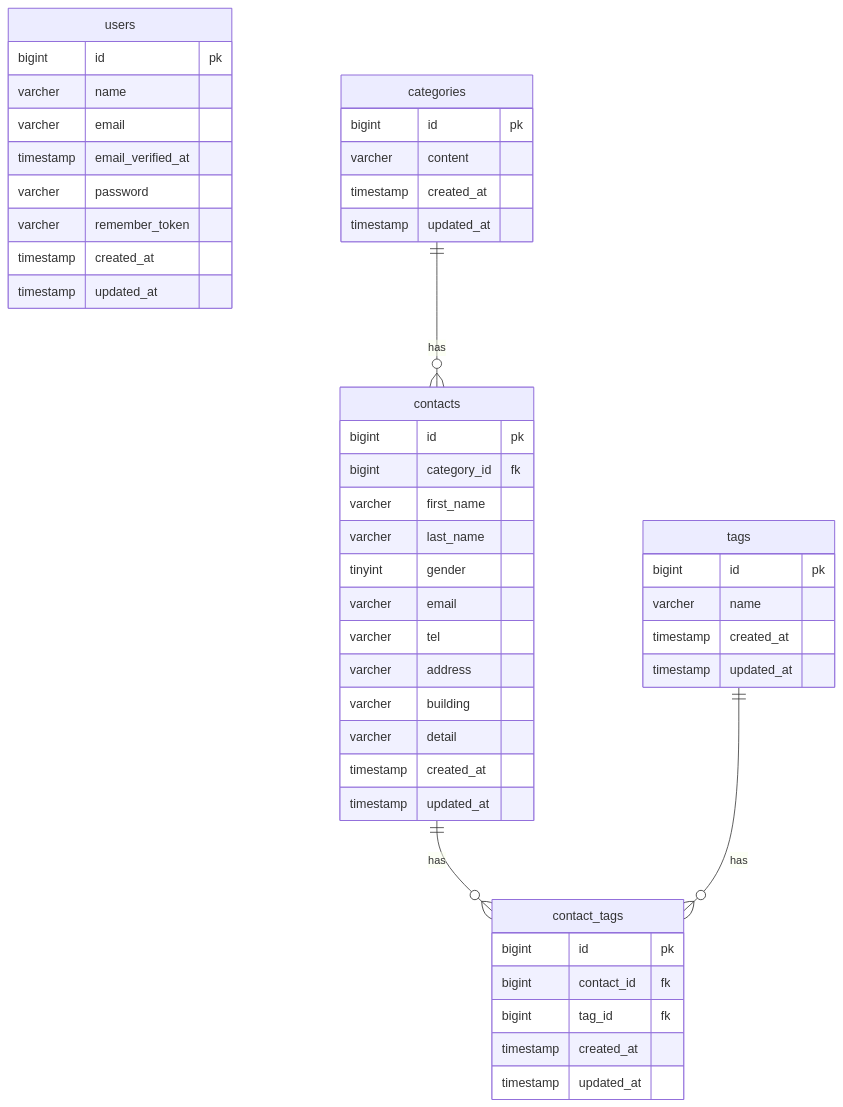
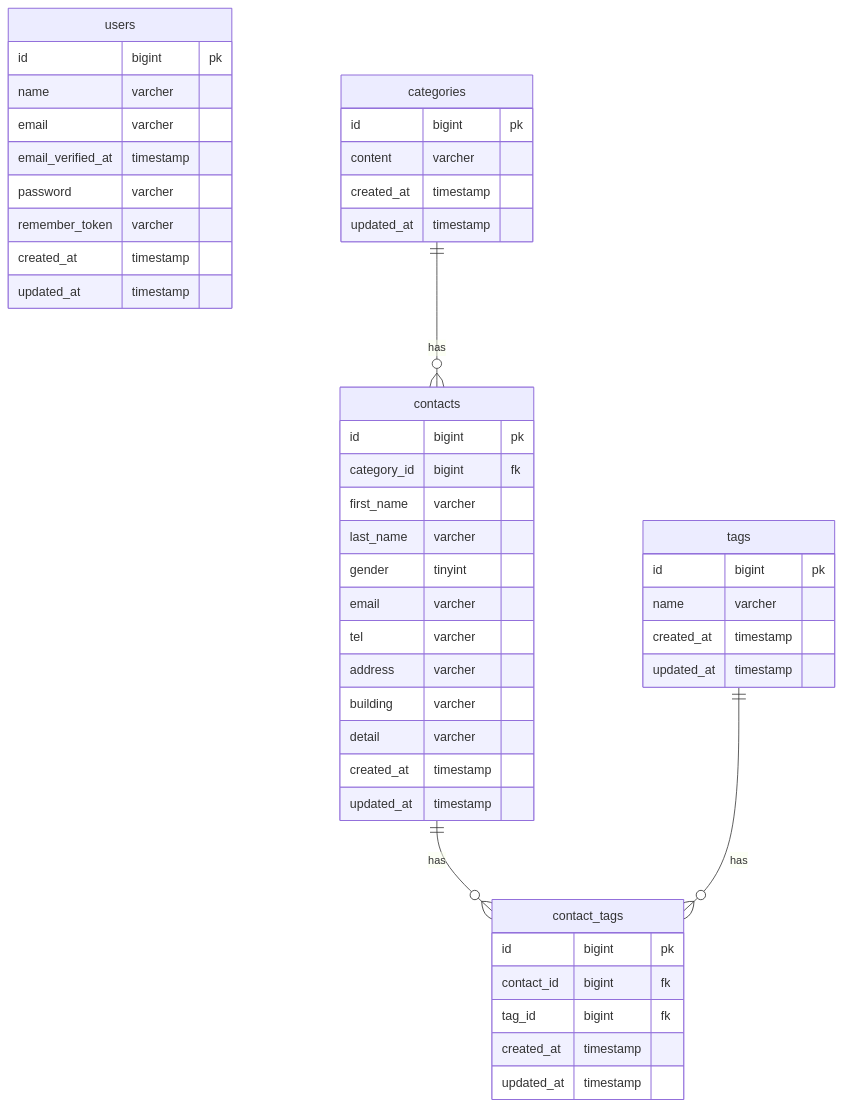
Before and after one commit to bossbossboss0425-ui/contact-form-app: the diagram in README.md, drawn with Mermaid. The commit also changed 5 other files, not shown here.

Commit message:
お問い合わせフォームのバリデーション・姓名入力欄の不備の修正・READMEのER図修正

````diff
--- a/README.md
+++ b/README.md
@@ -10,51 +10,51 @@
 ```mermaid
- erDiagram
+erDiagram
     users{
-        bigint id pk
-        varcher name
-        varcher email
-        timestamp email_verified_at
-        varcher password
-        varcher remember_token
-        timestamp created_at
-        timestamp updated_at
+        id bigint pk
+        name varcher
+        email varcher
+        email_verified_at timestamp
+        password varcher
+        remember_token varcher
+        created_at timestamp
+        updated_at timestamp
     }
     categories{
-        bigint id pk
-        varcher content
-        timestamp created_at
-        timestamp updated_at
+        id bigint pk
+        content varcher
+        created_at timestamp
+        updated_at timestamp
     }
     contacts{
-        bigint id pk
-        bigint category_id fk
-        varcher first_name
-        varcher last_name
-        tinyint gender
-        varcher email
-        varcher tel
-        varcher address
-        varcher building
-        varcher detail
-        timestamp created_at
-        timestamp updated_at
+        id bigint pk
+        category_id bigint fk
+        first_name varcher
+        last_name varcher
+        gender tinyint
+        email varcher
+        tel varcher
+        address varcher
+        building varcher
+        detail varcher
+        created_at timestamp
+        updated_at timestamp
     }
     tags{
-        bigint id pk
-        varcher name
-        timestamp created_at
-        timestamp updated_at
+        id bigint pk
+        name varcher
+        created_at timestamp
+        updated_at timestamp
     }
     contact_tags{
-        bigint id pk
-        bigint contact_id fk
-        bigint tag_id fk
-        timestamp created_at
-        timestamp updated_at
+        id bigint pk
+        contact_id bigint fk
+        tag_id bigint fk
+        created_at timestamp
+        updated_at timestamp
     }
 
     categories ||--o{contacts:has
     contacts ||--o{contact_tags:has
     tags ||--o{contact_tags:has
 
 ```
````
